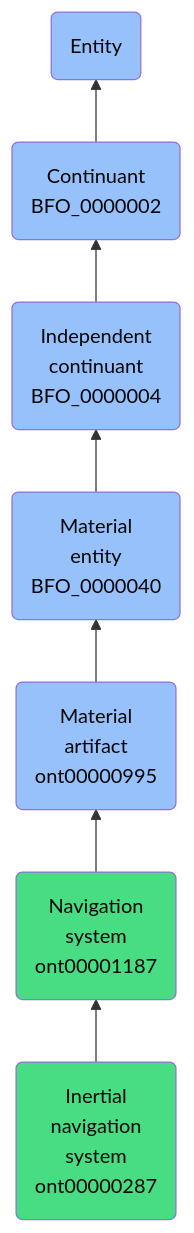
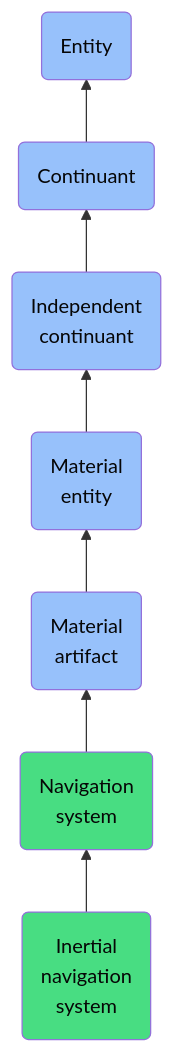
Before and after one commit to jupyter-naas/abi: the diagram in docs/ontology/reference/model/Entity/Continuant/Independent continuant/Material entity/Material artifact/Navigation system/Inertial navigation system/Inertial navigation system.md, drawn with Mermaid. The commit also changed other lines of this file and 1430 other files, not shown here.

````diff
--- a/docs/ontology/reference/model/Entity/Continuant/Independent continuant/Material entity/Material artifact/Navigation system/Inertial navigation system/Inertial navigation system.md
+++ b/docs/ontology/reference/model/Entity/Continuant/Independent continuant/Material entity/Material artifact/Navigation system/Inertial navigation system/Inertial navigation system.md
@@ -24,14 +24,14 @@
 ```mermaid
 graph BT
-    ont00000287(Inertial<br>navigation<br>system<br>ont00000287):::ABI-->ont00001187
-    ont00001187(Navigation<br>system<br>ont00001187):::ABI-->ont00000995
-    ont00000995(Material<br>artifact<br>ont00000995):::BFO-->BFO_0000040
-    BFO_0000040(Material<br>entity<br>BFO_0000040):::BFO-->BFO_0000004
-    BFO_0000004(Independent<br>continuant<br>BFO_0000004):::BFO-->BFO_0000002
-    BFO_0000002(Continuant<br>BFO_0000002):::BFO-->BFO_0000001
+    ont00000287(Inertial<br>navigation<br>system):::ABI-->ont00001187
+    ont00001187(Navigation<br>system):::ABI-->ont00000995
+    ont00000995(Material<br>artifact):::BFO-->BFO_0000040
+    BFO_0000040(Material<br>entity):::BFO-->BFO_0000004
+    BFO_0000004(Independent<br>continuant):::BFO-->BFO_0000002
+    BFO_0000002(Continuant):::BFO-->BFO_0000001
     BFO_0000001(Entity):::BFO
     
     classDef BFO fill:#97c1fb,color:#060606
     classDef CCO fill:#e4c51e,color:#060606
     classDef ABI fill:#48DD82,color:#060606
 ```
````
